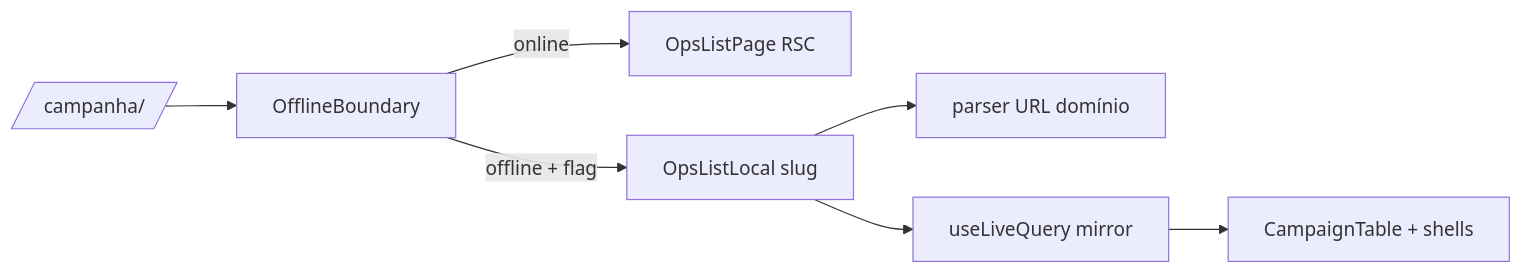
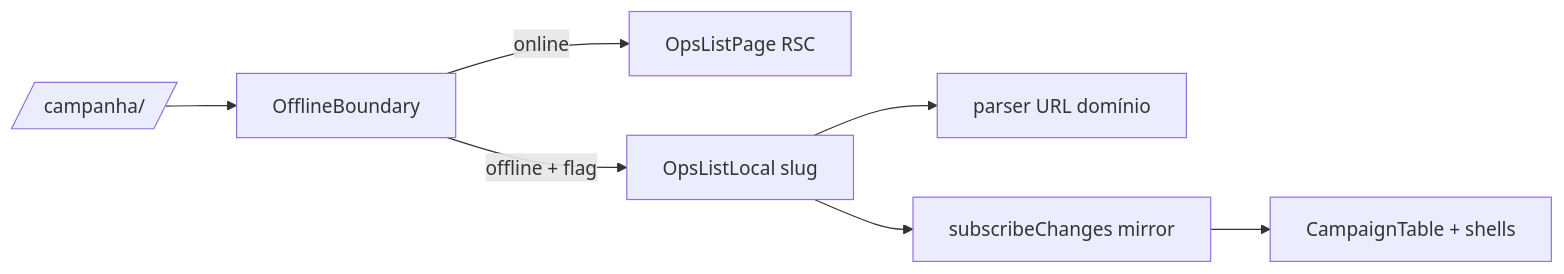
Before and after one commit to fsolla/teqo: the diagram in docs/plans/oh12-ops-list-local.md, drawn with Mermaid. The commit also changed 8 other files, not shown here.

````diff
--- a/docs/plans/oh12-ops-list-local.md
+++ b/docs/plans/oh12-ops-list-local.md
@@ -48,9 +48,9 @@
 ```mermaid
 flowchart LR
   Route[/campanha/<dominio>/] --> Bound[OfflineBoundary]
   Bound -->|online| Factory[OpsListPage RSC]
   Bound -->|offline + flag| Local[OpsListLocal slug]
   Local --> Parse[parser URL domínio]
-  Local --> Q[useLiveQuery mirror]
+  Local --> Q[subscribeChanges mirror]
   Q --> Table[CampaignTable + shells]
 ```
````
